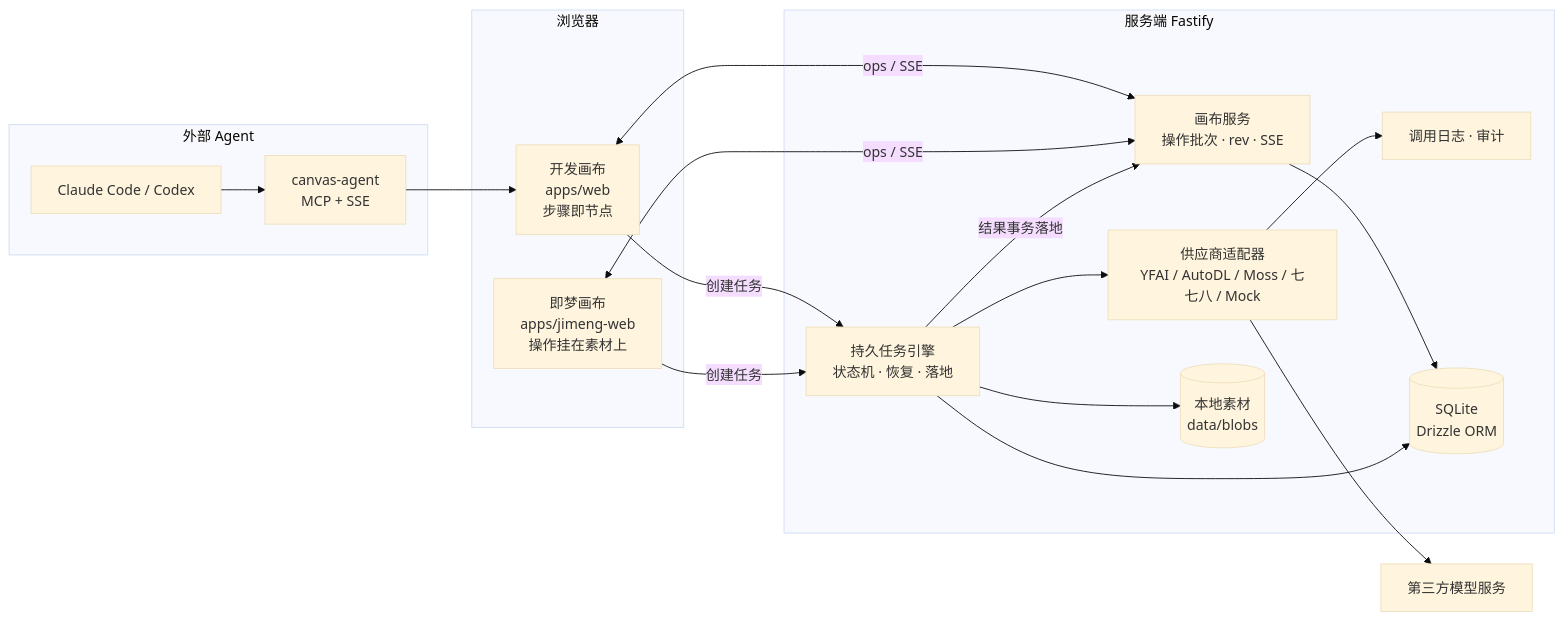
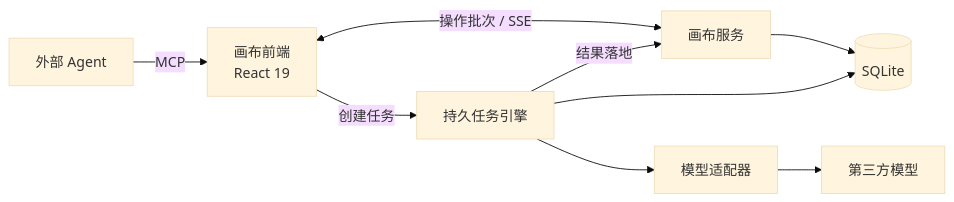
The diagram in README.md (opxqo/FrameDock), drawn with Mermaid (base theme) before and after one commit. The commit also changed other lines of this file and 6 other files, not shown here.

Commit message:
README 精简并配上即梦画布截图

````diff
--- a/README.md
+++ b/README.md
@@ -77,35 +62,10 @@
 ```mermaid
 flowchart LR
-  subgraph Client["浏览器"]
-    DevUI["开发画布<br/>apps/web<br/>步骤即节点"]
-    JmUI["即梦画布<br/>apps/jimeng-web<br/>操作挂在素材上"]
-  end
-
-  subgraph Agent["外部 Agent"]
-    CC["Claude Code / Codex"]
-    MCP["canvas-agent<br/>MCP + SSE"]
-  end
-
-  subgraph Server["服务端 Fastify"]
-    CanvasAPI["画布服务<br/>操作批次 · rev · SSE"]
-    Jobs["持久任务引擎<br/>状态机 · 恢复 · 落地"]
-    Adapters["供应商适配器<br/>YFAI / AutoDL / Moss / 七七八 / Mock"]
-    Log["调用日志 · 审计"]
-    DB[("SQLite<br/>Drizzle ORM")]
-    Blob[("本地素材<br/>data/blobs")]
-  end
-
-  Providers["第三方模型服务"]
-
-  DevUI <-->|ops / SSE| CanvasAPI
-  JmUI <-->|ops / SSE| CanvasAPI
-  DevUI -->|创建任务| Jobs
-  JmUI -->|创建任务| Jobs
-  CC --> MCP --> DevUI
-  Jobs --> Adapters --> Providers
-  Jobs -->|结果事务落地| CanvasAPI
-  CanvasAPI --> DB
+  UI["画布前端<br/>React 19"] <-->|操作批次 / SSE| Canvas["画布服务"]
+  UI -->|创建任务| Jobs["持久任务引擎"]
+  Agent["外部 Agent"] -->|MCP| UI
+  Jobs --> Adapters["模型适配器"] --> Providers["第三方模型"]
+  Jobs -->|结果落地| Canvas
+  Canvas --> DB[("SQLite")]
   Jobs --> DB
-  Jobs --> Blob
-  Adapters --> Log
 ```
````
